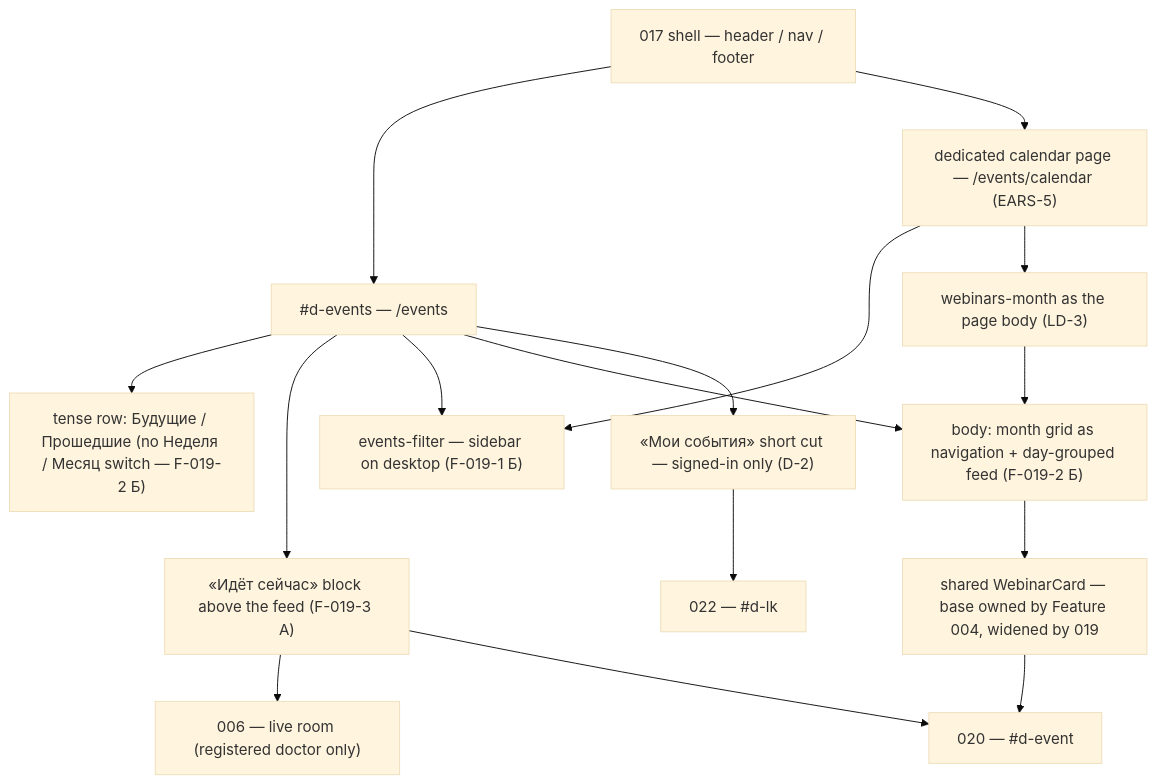
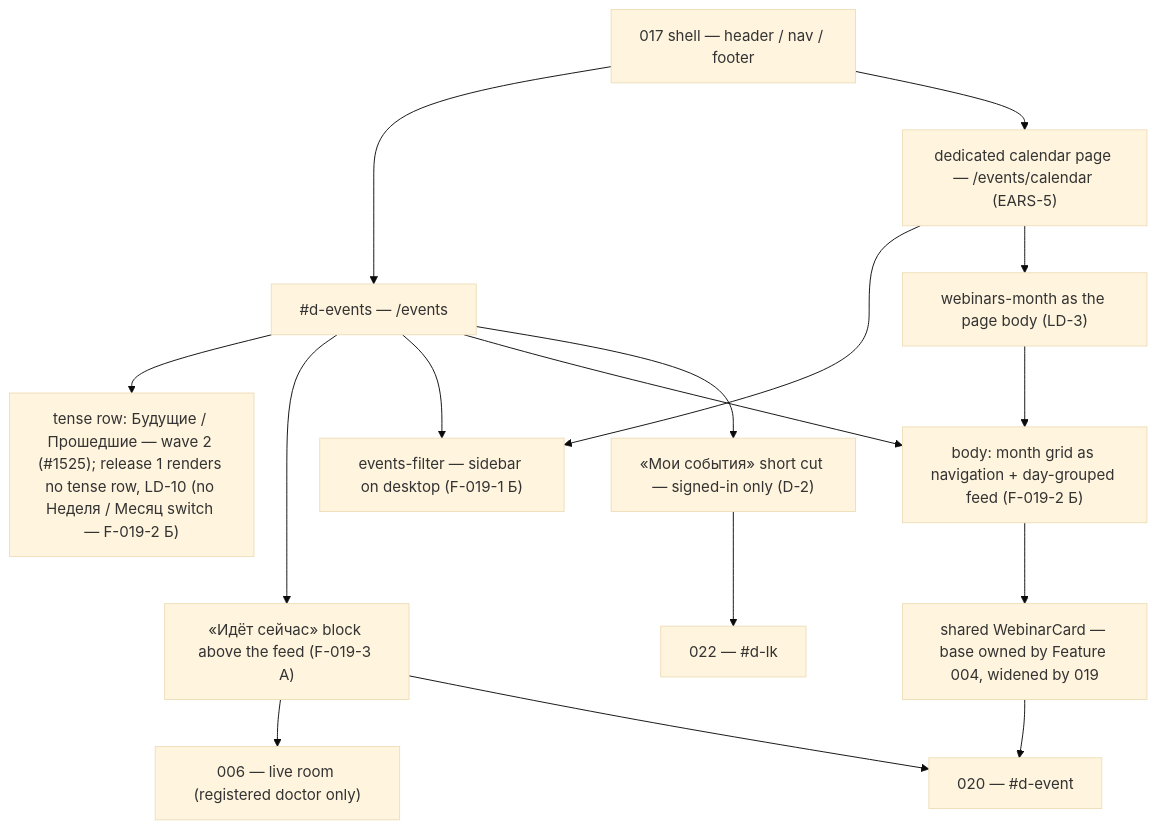
Before and after one commit to doctor-school/ds-platform: the first of 6 diagrams in apps/docs/content/specs/features/019-doctor-events-feed/019-design.md, drawn with Mermaid (base theme). The commit also changed 10 other files, not shown here.

````diff
--- a/apps/docs/content/specs/features/019-doctor-events-feed/019-design.md
+++ b/apps/docs/content/specs/features/019-doctor-events-feed/019-design.md
@@ -17,18 +17,18 @@
 ```mermaid
 graph TD
   Shell["017 shell — header / nav / footer"] --> Events["#d-events — /events"]
   Shell --> Cal["dedicated calendar page — /events/calendar (EARS-5)"]
-  Events --> Row["tense row: Будущие / Прошедшие (no Неделя / Месяц switch — F-019-2 Б)"]
+  Events --> Row["tense row: Будущие / Прошедшие — wave 2 (#1525); release 1 renders no tense row, LD-10 (no Неделя / Месяц switch — F-019-2 Б)"]
   Events --> Live["«Идёт сейчас» block above the feed (F-019-3 А)"]
   Events --> Panel["events-filter — sidebar on desktop (F-019-1 Б)"]
   Events --> Body["body: month grid as navigation + day-grouped feed (F-019-2 Б)"]
   Events --> Mine["«Мои события» short cut — signed-in only (D-2)"]
   Cal --> Panel
   Cal --> Month["webinars-month as the page body (LD-3)"]
   Body --> Card["shared WebinarCard — base owned by Feature 004, widened by 019"]
   Month --> Body
   Card --> Event["020 — #d-event"]
   Live --> Room["006 — live room (registered doctor only)"]
   Live --> Event
   Mine --> Cabinet["022 — #d-lk"]
 ```
````
